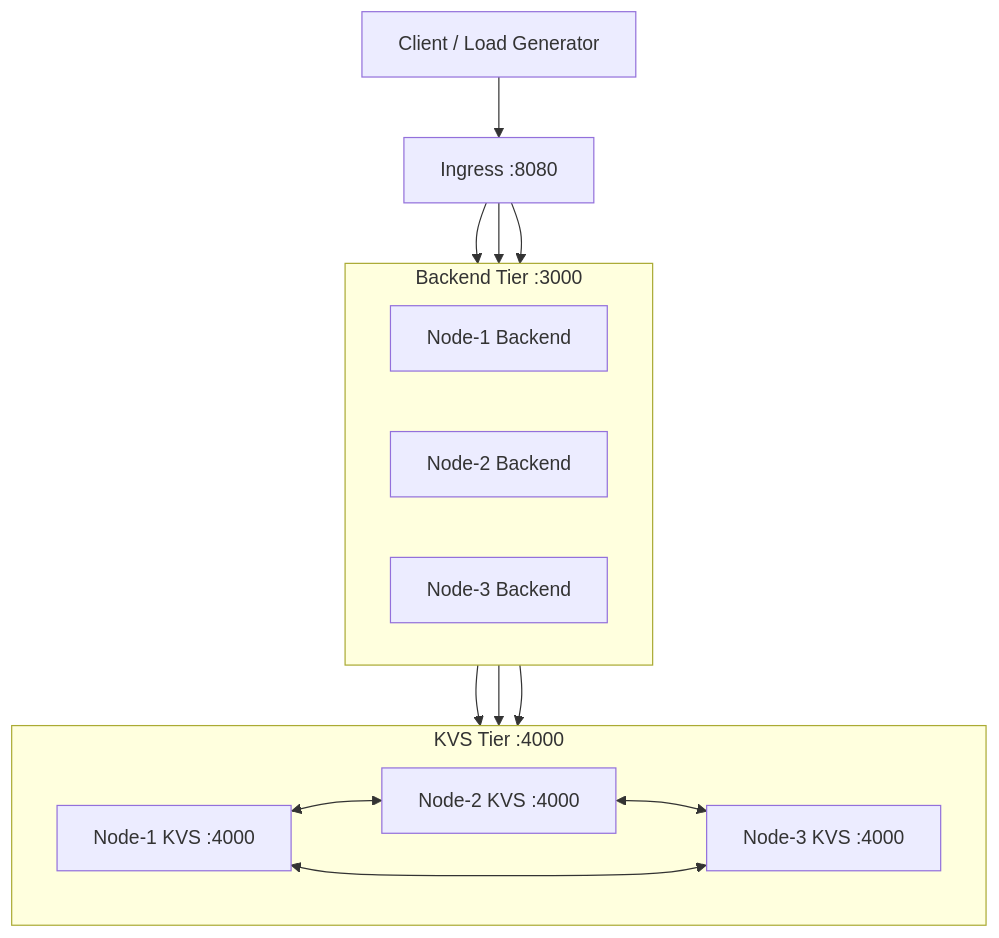
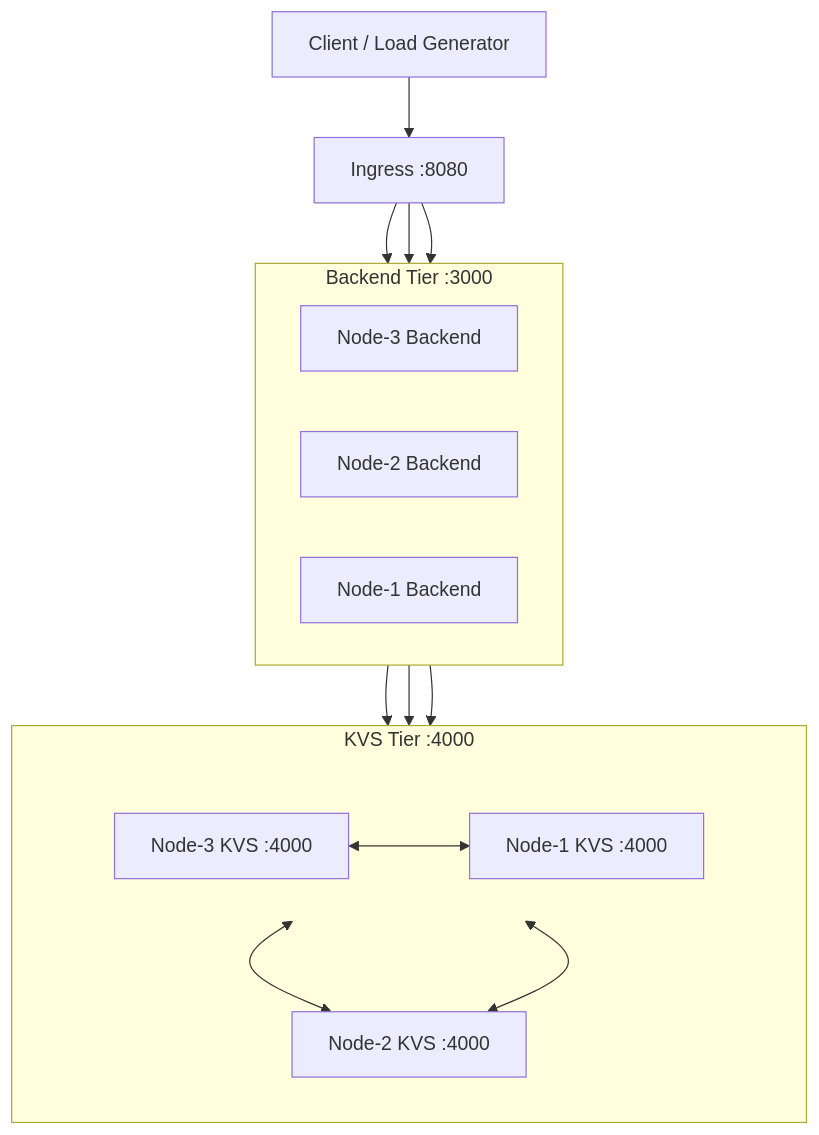
Before and after one commit to Boo-seon-woong/2025-winter-clustering-project: the diagram in readme.md, drawn with Mermaid.

Commit message:
diagram changed

````diff
--- a/readme.md
+++ b/readme.md
@@ -26,28 +26,33 @@
 ```mermaid
 flowchart TB
   C[Client / Load Generator] --> I[Ingress :8080]
 
   subgraph BT[Backend Tier :3000]
     direction LR
+    B3[Node-3 Backend]
+    B2[Node-2 Backend]
     B1[Node-1 Backend]
-    B2[Node-2 Backend]
-    B3[Node-3 Backend]
   end
 
   subgraph KT[KVS Tier :4000]
-    direction LR
-    K1[Node-1 KVS :4000]
+    direction TB
+    subgraph KTOP[ ]
+      direction LR
+      K3[Node-3 KVS :4000]
+      K1[Node-1 KVS :4000]
+    end
     K2[Node-2 KVS :4000]
-    K3[Node-3 KVS :4000]
   end
 
+  I --> B3
+  I --> B2
   I --> B1
-  I --> B2
-  I --> B3
+  B3 --> K3
+  B2 --> K2
   B1 --> K1
-  B2 --> K2
-  B3 --> K3
+  K3 <--> K1
   K1 <--> K2
   K2 <--> K3
-  K3 <--> K1
+
+  style KTOP fill:transparent,stroke:transparent
 ```
````
